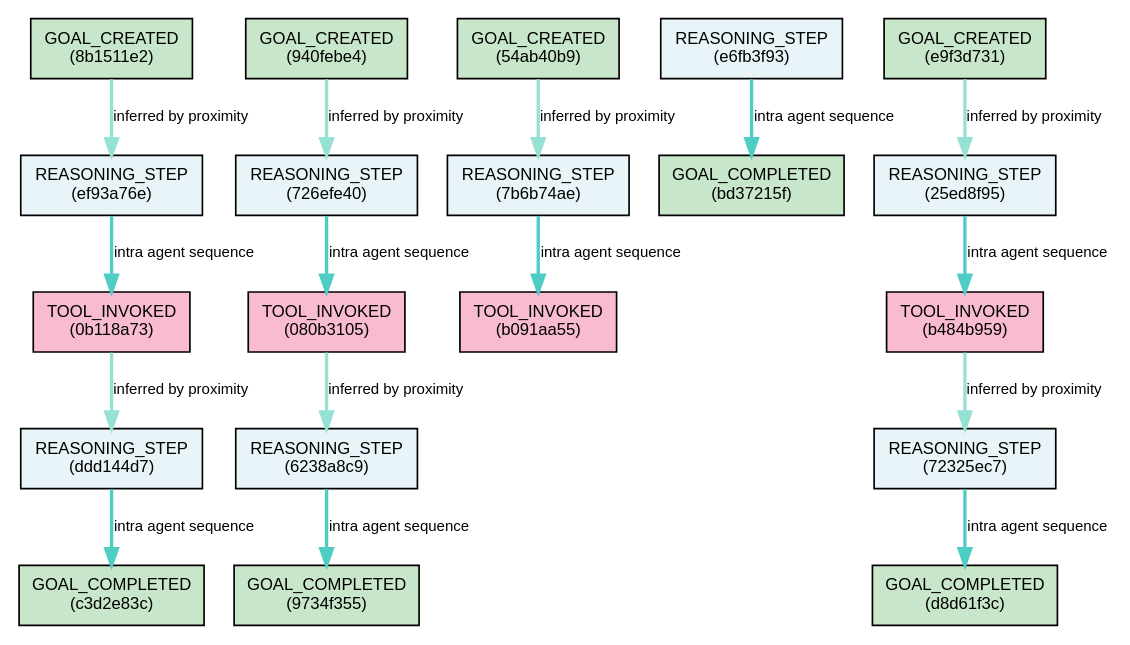
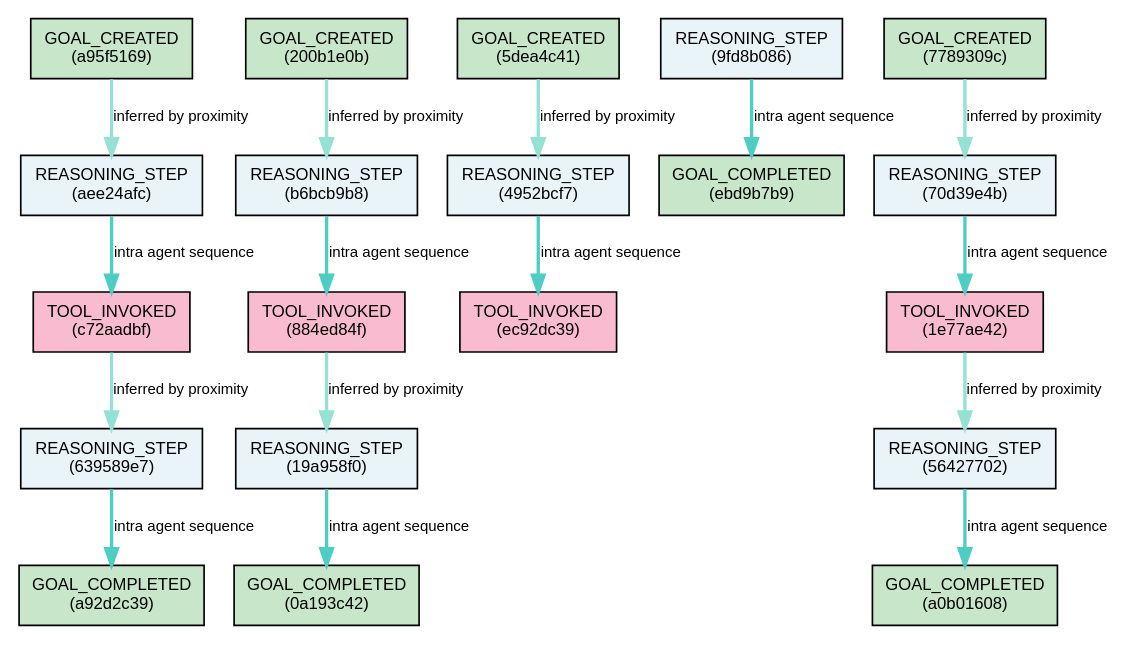
Before and after one commit to miltzhaw/langraph_playground: the diagram in research_paper_analysis.dot, drawn with Graphviz. The commit also changed 4 other files, not shown here.

```diff
--- a/research_paper_analysis.dot
+++ b/research_paper_analysis.dot
@@ -1,44 +1,44 @@
 
 digraph CausalDAG {
     rankdir=TB;
     bgcolor=white;
     node [shape=box, style=filled, fontname="Arial", fontsize=10];
     edge [fontname="Arial", fontsize=9];
-    
-        "8b1511e2-d709-478a-b137-f32306f0f78a" [label="GOAL_CREATED\n(8b1511e2)", fillcolor="#C8E6C9"];
-    "ef93a76e-a5a4-4da8-b226-2117e2b9633b" [label="REASONING_STEP\n(ef93a76e)", fillcolor="#E8F4F8"];
-    "0b118a73-cdd5-42d7-86b5-7cc6a951036b" [label="TOOL_INVOKED\n(0b118a73)", fillcolor="#F8BBD0"];
-    "ddd144d7-af34-4ef7-b458-e7fb1024b282" [label="REASONING_STEP\n(ddd144d7)", fillcolor="#E8F4F8"];
-    "c3d2e83c-2612-4963-bd6b-677b8eb98671" [label="GOAL_COMPLETED\n(c3d2e83c)", fillcolor="#C8E6C9"];
-    "940febe4-fd80-47b7-ae9d-14137e52acc4" [label="GOAL_CREATED\n(940febe4)", fillcolor="#C8E6C9"];
-    "726efe40-9a20-4125-aae2-88480f9d6511" [label="REASONING_STEP\n(726efe40)", fillcolor="#E8F4F8"];
-    "080b3105-5fe1-4319-b23d-7ce0669feec8" [label="TOOL_INVOKED\n(080b3105)", fillcolor="#F8BBD0"];
-    "6238a8c9-5829-42db-8e59-247e6239277a" [label="REASONING_STEP\n(6238a8c9)", fillcolor="#E8F4F8"];
-    "9734f355-8358-4ac2-83c1-31f2c7705c78" [label="GOAL_COMPLETED\n(9734f355)", fillcolor="#C8E6C9"];
-    "54ab40b9-099d-4660-9b03-d902b8eec90f" [label="GOAL_CREATED\n(54ab40b9)", fillcolor="#C8E6C9"];
-    "7b6b74ae-bfdb-4f9c-b8e3-95c526e762fa" [label="REASONING_STEP\n(7b6b74ae)", fillcolor="#E8F4F8"];
-    "b091aa55-35c3-4a74-9fd1-9986861abc07" [label="TOOL_INVOKED\n(b091aa55)", fillcolor="#F8BBD0"];
-    "e6fb3f93-c7ef-4f08-b728-d59558f86aac" [label="REASONING_STEP\n(e6fb3f93)", fillcolor="#E8F4F8"];
-    "bd37215f-ca00-4152-bbb9-407ca4abac44" [label="GOAL_COMPLETED\n(bd37215f)", fillcolor="#C8E6C9"];
-    "e9f3d731-8dd7-40a6-95b5-f9d15278c60b" [label="GOAL_CREATED\n(e9f3d731)", fillcolor="#C8E6C9"];
-    "25ed8f95-6477-4e30-8c86-876065aeb880" [label="REASONING_STEP\n(25ed8f95)", fillcolor="#E8F4F8"];
-    "b484b959-17f6-488f-b4af-1dc20ef4040a" [label="TOOL_INVOKED\n(b484b959)", fillcolor="#F8BBD0"];
-    "72325ec7-86be-4bf1-b1a4-cf7cb0a9c63c" [label="REASONING_STEP\n(72325ec7)", fillcolor="#E8F4F8"];
-    "d8d61f3c-5e9c-4b91-bd18-453f4445ebc1" [label="GOAL_COMPLETED\n(d8d61f3c)", fillcolor="#C8E6C9"];
-    
-        "ddd144d7-af34-4ef7-b458-e7fb1024b282" -> "c3d2e83c-2612-4963-bd6b-677b8eb98671" [label="intra agent sequence", color="#4ECDC4", penwidth=2.0];
-    "080b3105-5fe1-4319-b23d-7ce0669feec8" -> "6238a8c9-5829-42db-8e59-247e6239277a" [label="inferred by proximity", color="#95E1D3", penwidth=2.0];
-    "6238a8c9-5829-42db-8e59-247e6239277a" -> "9734f355-8358-4ac2-83c1-31f2c7705c78" [label="intra agent sequence", color="#4ECDC4", penwidth=2.0];
-    "726efe40-9a20-4125-aae2-88480f9d6511" -> "080b3105-5fe1-4319-b23d-7ce0669feec8" [label="intra agent sequence", color="#4ECDC4", penwidth=2.0];
-    "8b1511e2-d709-478a-b137-f32306f0f78a" -> "ef93a76e-a5a4-4da8-b226-2117e2b9633b" [label="inferred by proximity", color="#95E1D3", penwidth=2.0];
-    "940febe4-fd80-47b7-ae9d-14137e52acc4" -> "726efe40-9a20-4125-aae2-88480f9d6511" [label="inferred by proximity", color="#95E1D3", penwidth=2.0];
-    "54ab40b9-099d-4660-9b03-d902b8eec90f" -> "7b6b74ae-bfdb-4f9c-b8e3-95c526e762fa" [label="inferred by proximity", color="#95E1D3", penwidth=2.0];
-    "b484b959-17f6-488f-b4af-1dc20ef4040a" -> "72325ec7-86be-4bf1-b1a4-cf7cb0a9c63c" [label="inferred by proximity", color="#95E1D3", penwidth=2.0];
-    "25ed8f95-6477-4e30-8c86-876065aeb880" -> "b484b959-17f6-488f-b4af-1dc20ef4040a" [label="intra agent sequence", color="#4ECDC4", penwidth=2.0];
-    "0b118a73-cdd5-42d7-86b5-7cc6a951036b" -> "ddd144d7-af34-4ef7-b458-e7fb1024b282" [label="inferred by proximity", color="#95E1D3", penwidth=2.0];
-    "e9f3d731-8dd7-40a6-95b5-f9d15278c60b" -> "25ed8f95-6477-4e30-8c86-876065aeb880" [label="inferred by proximity", color="#95E1D3", penwidth=2.0];
-    "7b6b74ae-bfdb-4f9c-b8e3-95c526e762fa" -> "b091aa55-35c3-4a74-9fd1-9986861abc07" [label="intra agent sequence", color="#4ECDC4", penwidth=2.0];
-    "72325ec7-86be-4bf1-b1a4-cf7cb0a9c63c" -> "d8d61f3c-5e9c-4b91-bd18-453f4445ebc1" [label="intra agent sequence", color="#4ECDC4", penwidth=2.0];
-    "e6fb3f93-c7ef-4f08-b728-d59558f86aac" -> "bd37215f-ca00-4152-bbb9-407ca4abac44" [label="intra agent sequence", color="#4ECDC4", penwidth=2.0];
-    "ef93a76e-a5a4-4da8-b226-2117e2b9633b" -> "0b118a73-cdd5-42d7-86b5-7cc6a951036b" [label="intra agent sequence", color="#4ECDC4", penwidth=2.0];
+
+        "a95f5169-1069-47d8-a73b-72b10b62d5de" [label="GOAL_CREATED\n(a95f5169)", fillcolor="#C8E6C9"];
+    "aee24afc-68b5-4712-a0e6-b2d969aed5a1" [label="REASONING_STEP\n(aee24afc)", fillcolor="#E8F4F8"];
+    "c72aadbf-4496-4879-a839-a124ac3b9c92" [label="TOOL_INVOKED\n(c72aadbf)", fillcolor="#F8BBD0"];
+    "639589e7-6844-444d-86c4-b3117e01fe99" [label="REASONING_STEP\n(639589e7)", fillcolor="#E8F4F8"];
+    "a92d2c39-5833-4e77-abaf-ef960da18f8f" [label="GOAL_COMPLETED\n(a92d2c39)", fillcolor="#C8E6C9"];
+    "200b1e0b-6f36-4b8e-ab5a-6e245356b0ed" [label="GOAL_CREATED\n(200b1e0b)", fillcolor="#C8E6C9"];
+    "b6bcb9b8-6201-4855-b86b-a19a6d6d9206" [label="REASONING_STEP\n(b6bcb9b8)", fillcolor="#E8F4F8"];
+    "884ed84f-65af-4020-a287-d392afa224b1" [label="TOOL_INVOKED\n(884ed84f)", fillcolor="#F8BBD0"];
+    "19a958f0-3b2d-4d76-a9af-5eb549b75201" [label="REASONING_STEP\n(19a958f0)", fillcolor="#E8F4F8"];
+    "0a193c42-9ecd-422a-be3a-401bc3613749" [label="GOAL_COMPLETED\n(0a193c42)", fillcolor="#C8E6C9"];
+    "5dea4c41-29f8-4008-8bcd-582bc1347e31" [label="GOAL_CREATED\n(5dea4c41)", fillcolor="#C8E6C9"];
+    "4952bcf7-e6de-431f-8d11-910cc3373e90" [label="REASONING_STEP\n(4952bcf7)", fillcolor="#E8F4F8"];
+    "ec92dc39-a914-4be6-9b2c-3cbbe07e1892" [label="TOOL_INVOKED\n(ec92dc39)", fillcolor="#F8BBD0"];
+    "9fd8b086-620c-475e-89f8-685a35495b6c" [label="REASONING_STEP\n(9fd8b086)", fillcolor="#E8F4F8"];
+    "ebd9b7b9-49c0-4dc1-bb49-192a25d9485b" [label="GOAL_COMPLETED\n(ebd9b7b9)", fillcolor="#C8E6C9"];
+    "7789309c-d0c6-48cd-8b5a-3c420c02d41b" [label="GOAL_CREATED\n(7789309c)", fillcolor="#C8E6C9"];
+    "70d39e4b-9c97-4d2e-9dcb-b255e8e4799c" [label="REASONING_STEP\n(70d39e4b)", fillcolor="#E8F4F8"];
+    "1e77ae42-fe08-44c0-992a-4423c133fa06" [label="TOOL_INVOKED\n(1e77ae42)", fillcolor="#F8BBD0"];
+    "56427702-ce5e-42da-a243-f73d3128c920" [label="REASONING_STEP\n(56427702)", fillcolor="#E8F4F8"];
+    "a0b01608-1d27-4a49-9c1d-12d852ada851" [label="GOAL_COMPLETED\n(a0b01608)", fillcolor="#C8E6C9"];
+
+        "5dea4c41-29f8-4008-8bcd-582bc1347e31" -> "4952bcf7-e6de-431f-8d11-910cc3373e90" [label="inferred by proximity", color="#95E1D3", penwidth=2.0];
+    "639589e7-6844-444d-86c4-b3117e01fe99" -> "a92d2c39-5833-4e77-abaf-ef960da18f8f" [label="intra agent sequence", color="#4ECDC4", penwidth=2.0];
+    "7789309c-d0c6-48cd-8b5a-3c420c02d41b" -> "70d39e4b-9c97-4d2e-9dcb-b255e8e4799c" [label="inferred by proximity", color="#95E1D3", penwidth=2.0];
+    "a95f5169-1069-47d8-a73b-72b10b62d5de" -> "aee24afc-68b5-4712-a0e6-b2d969aed5a1" [label="inferred by proximity", color="#95E1D3", penwidth=2.0];
+    "200b1e0b-6f36-4b8e-ab5a-6e245356b0ed" -> "b6bcb9b8-6201-4855-b86b-a19a6d6d9206" [label="inferred by proximity", color="#95E1D3", penwidth=2.0];
+    "b6bcb9b8-6201-4855-b86b-a19a6d6d9206" -> "884ed84f-65af-4020-a287-d392afa224b1" [label="intra agent sequence", color="#4ECDC4", penwidth=2.0];
+    "4952bcf7-e6de-431f-8d11-910cc3373e90" -> "ec92dc39-a914-4be6-9b2c-3cbbe07e1892" [label="intra agent sequence", color="#4ECDC4", penwidth=2.0];
+    "aee24afc-68b5-4712-a0e6-b2d969aed5a1" -> "c72aadbf-4496-4879-a839-a124ac3b9c92" [label="intra agent sequence", color="#4ECDC4", penwidth=2.0];
+    "9fd8b086-620c-475e-89f8-685a35495b6c" -> "ebd9b7b9-49c0-4dc1-bb49-192a25d9485b" [label="intra agent sequence", color="#4ECDC4", penwidth=2.0];
+    "56427702-ce5e-42da-a243-f73d3128c920" -> "a0b01608-1d27-4a49-9c1d-12d852ada851" [label="intra agent sequence", color="#4ECDC4", penwidth=2.0];
+    "884ed84f-65af-4020-a287-d392afa224b1" -> "19a958f0-3b2d-4d76-a9af-5eb549b75201" [label="inferred by proximity", color="#95E1D3", penwidth=2.0];
+    "1e77ae42-fe08-44c0-992a-4423c133fa06" -> "56427702-ce5e-42da-a243-f73d3128c920" [label="inferred by proximity", color="#95E1D3", penwidth=2.0];
+    "70d39e4b-9c97-4d2e-9dcb-b255e8e4799c" -> "1e77ae42-fe08-44c0-992a-4423c133fa06" [label="intra agent sequence", color="#4ECDC4", penwidth=2.0];
+    "19a958f0-3b2d-4d76-a9af-5eb549b75201" -> "0a193c42-9ecd-422a-be3a-401bc3613749" [label="intra agent sequence", color="#4ECDC4", penwidth=2.0];
+    "c72aadbf-4496-4879-a839-a124ac3b9c92" -> "639589e7-6844-444d-86c4-b3117e01fe99" [label="inferred by proximity", color="#95E1D3", penwidth=2.0];
 }
```
